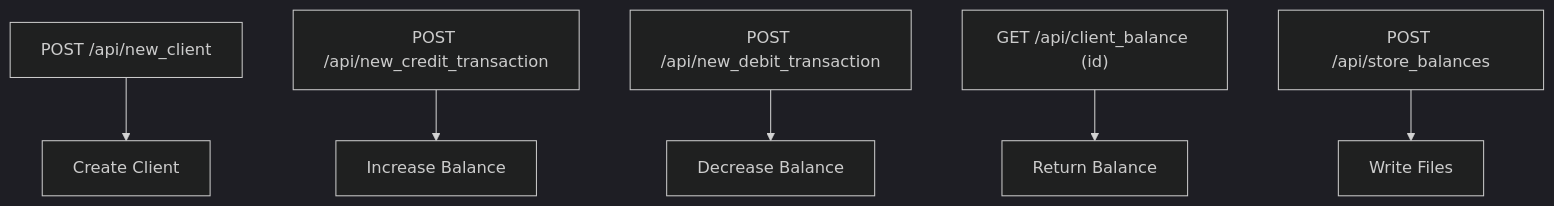
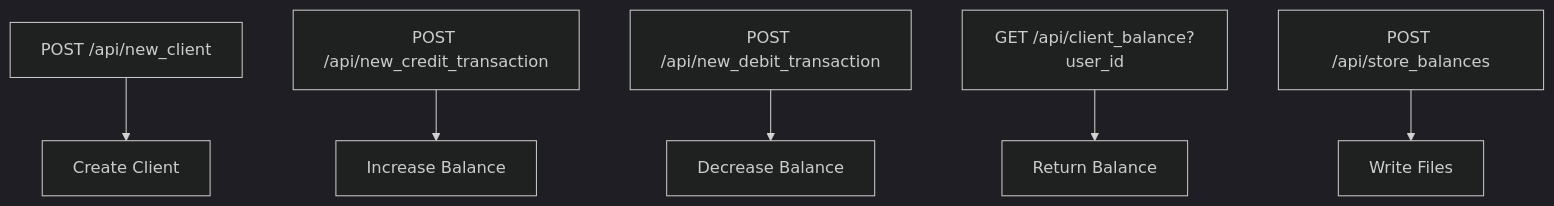
Before and after one commit to Guido-GD7/prexcore-payment-processor: the second of 2 diagrams in README.md, drawn with Mermaid (dark theme). The commit also changed other lines of this file, not shown here.

Commit message:
Mermaid fix

````diff
--- a/README.md
+++ b/README.md
@@ -223,8 +223,8 @@
 ```mermaid
 flowchart TD
     A["POST /api/new_client"] --> B["Create Client"]
     C["POST /api/new_credit_transaction"] --> D["Increase Balance"]
     E["POST /api/new_debit_transaction"] --> F["Decrease Balance"]
-    G["GET /api/client_balance (id)"] --> H["Return Balance"]
+    G["GET /api/client_balance?user_id"] --> H["Return Balance"]
     I["POST /api/store_balances"] --> J["Write Files"]
 ```
````
